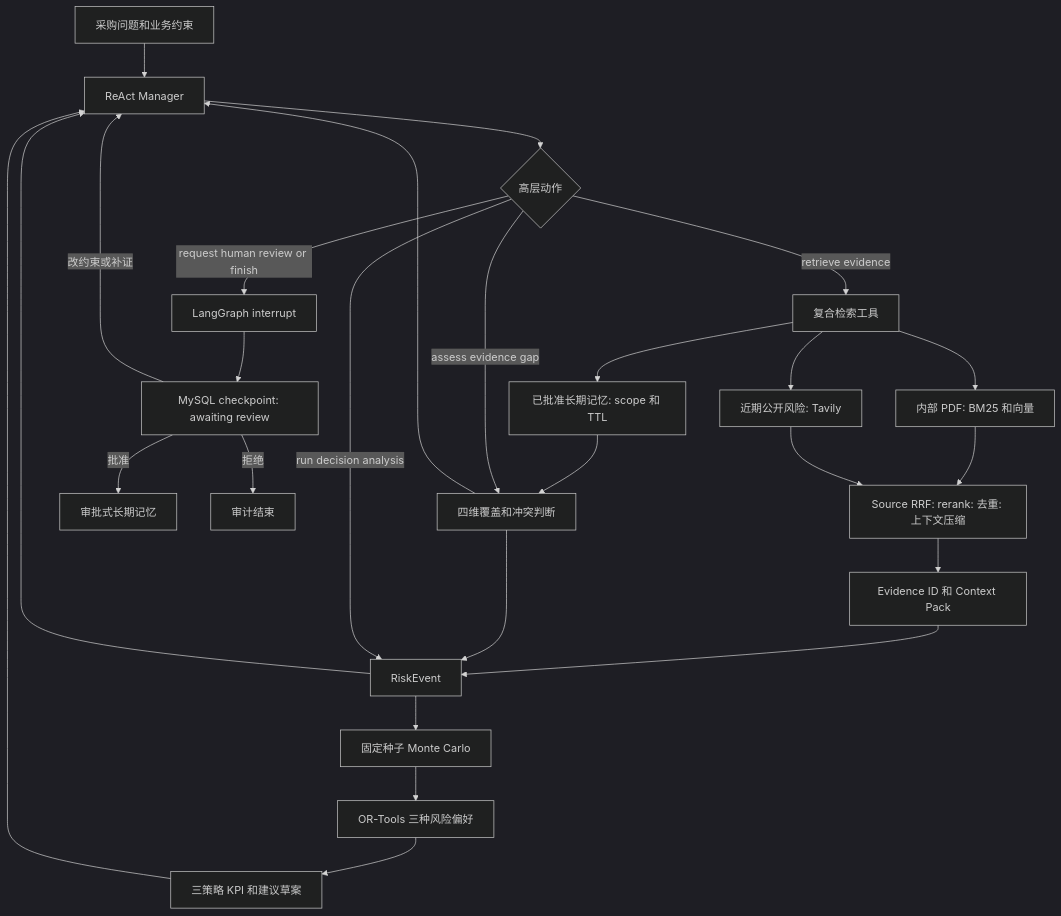
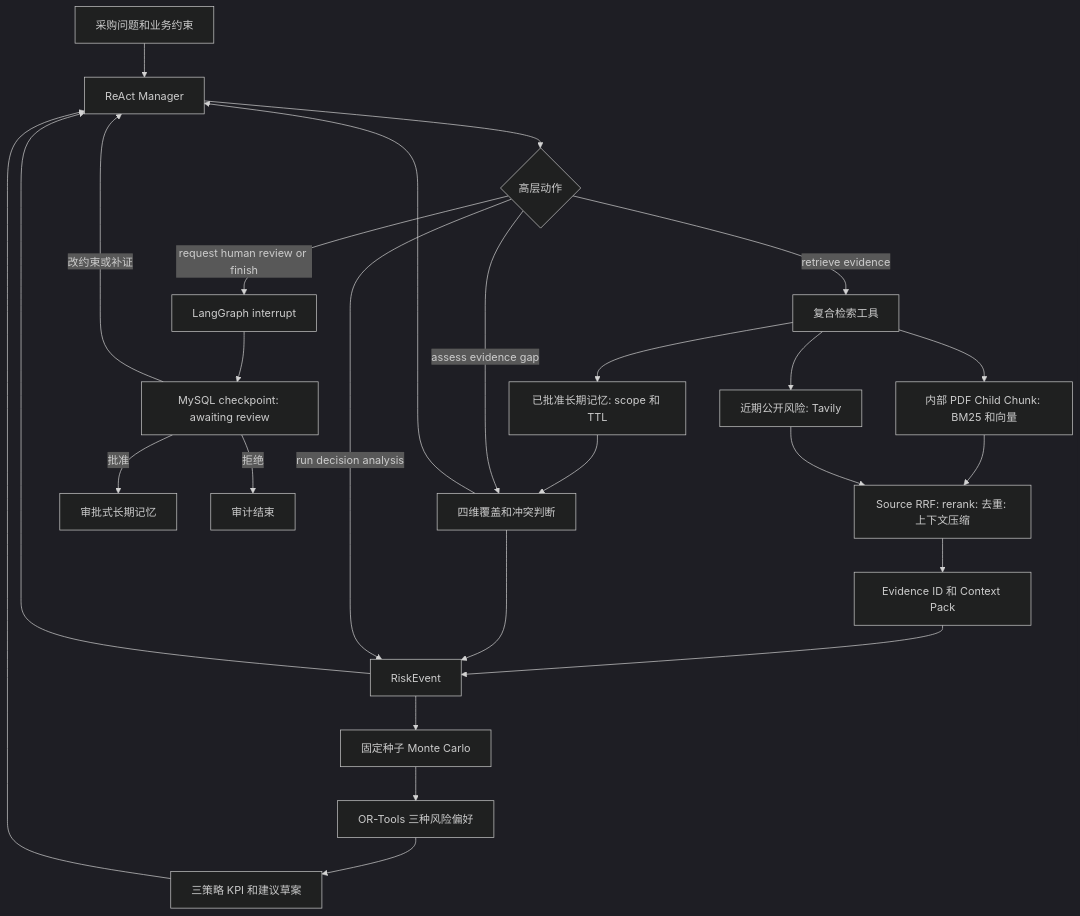
One commit to zjm1111/storeflow-agent changed the diagram in docs/architecture.md. Above: the diagram before and after it, drawn with Mermaid (dark theme). The commit also changed other lines of this file and 6 other files, not shown here.

````diff
--- a/docs/architecture.md
+++ b/docs/architecture.md
@@ -5,28 +5,28 @@
 ```mermaid
 flowchart TD
   A[采购问题和业务约束] --> B[ReAct Manager]
   B --> C{高层动作}
   C -->|retrieve evidence| D[复合检索工具]
-  D --> D1[内部 PDF: BM25 和向量]
+  D --> D1[内部 PDF Child Chunk: BM25 和向量]
   D --> D2[近期公开风险: Tavily]
   D --> D3[已批准长期记忆: scope 和 TTL]
   D1 --> E[Source RRF: rerank: 去重: 上下文压缩]
   D2 --> E
   E --> F[Evidence ID 和 Context Pack]
   D3 --> G[Historical Prior Top-K]
   F --> H[受控 Observation]
   G --> H
   H --> B
   C -->|assess evidence gap| G[四维覆盖和冲突判断]
   G --> B
   C -->|run decision analysis| H[RiskEvent]
   H --> I[固定种子 Monte Carlo]
   I --> J[OR-Tools 三种风险偏好]
   J --> K[三策略 KPI 和建议草案]
   K --> B
   C -->|request human review or finish| L[LangGraph interrupt]
   L --> M[MySQL checkpoint: awaiting review]
   M -->|批准| N[审批式长期记忆]
   M -->|改约束或补证| B
   M -->|拒绝| O[审计结束]
 ```
````
